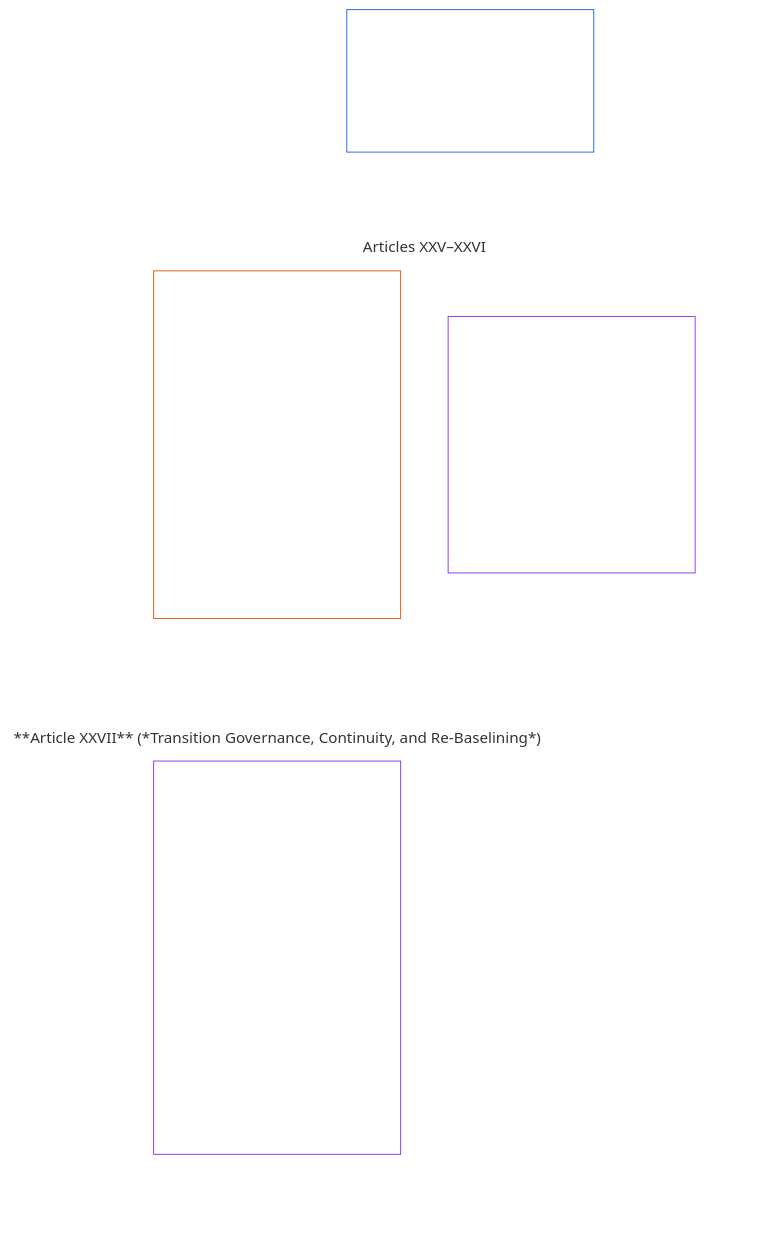
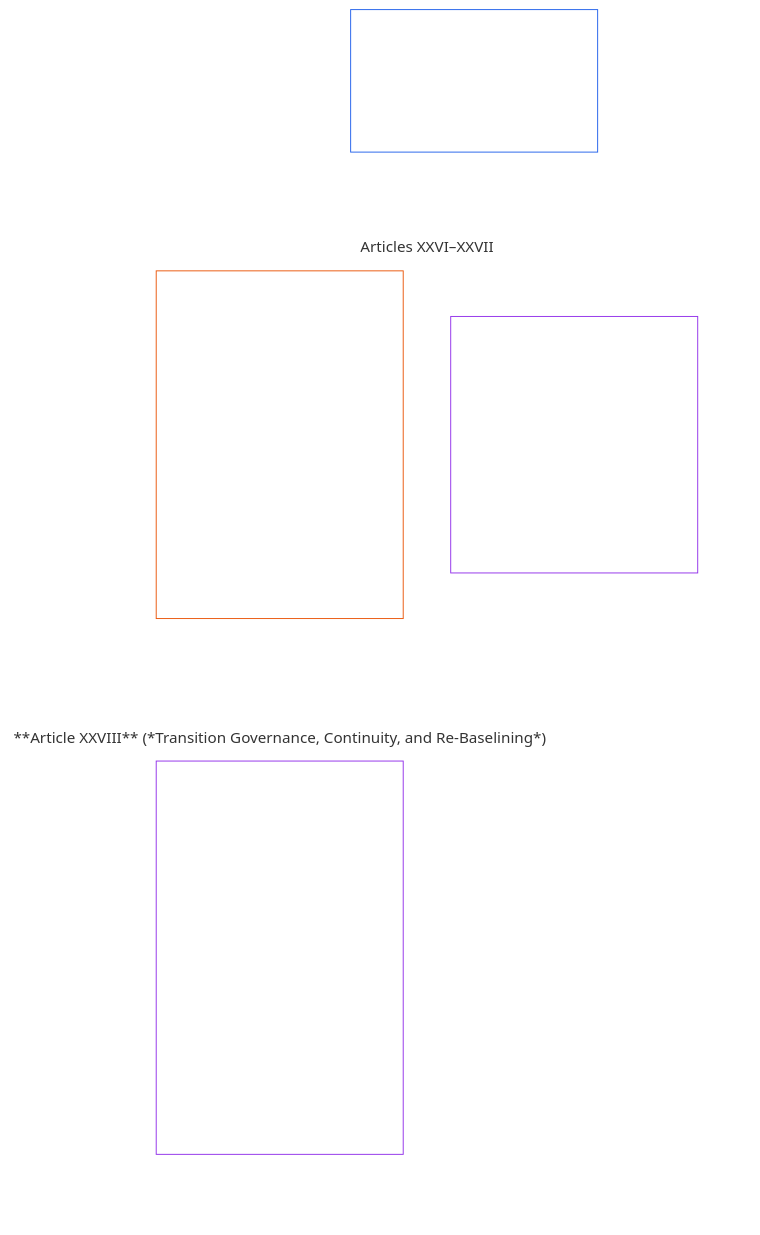
Before and after one commit to kfoelsch/Sentient_Constitution: the diagram in core_06_rights_part_e.md, drawn with Mermaid. The commit also changed other lines of this file and 120 other files, not shown here.

First line of the commit message:
docs(ch06): give Movement and Refuge its own Article XXII; renumber XXII-XXVII

````diff
--- a/core_06_rights_part_e.md
+++ b/core_06_rights_part_e.md
@@ -40,24 +40,24 @@
 ```mermaid
 flowchart TB
     D0["Part E<br/><br/>Conflict resolution, review, constitutional evolution, and transition"]
     subgraph Dgrid[" "]
         direction TB
-        subgraph Drow1["Articles XXV–XXVI"]
-            D1["**Article XXV** (*Timely Retrospective Review and Restorative Alignment*) · Timely Retrospective Review and Restorative Alignment<br/><br/>• Retrospective review and disclosure<br/>• Rights-collision procedure<br/>• Restorative alignment<br/>• Timely resolution and anti-delay"]
-            D2["**Article XXVI** (*Constitutional Evolution and Non-Entrenchment*) · Constitutional Evolution and Non-Entrenchment<br/><br/>• Non-entrenchment and revisability<br/>• Periodic revalidation and transparent change"]
+        subgraph Drow1["Articles XXVI–XXVII"]
+            D1["**Article XXVI** (*Timely Retrospective Review and Restorative Alignment*) · Timely Retrospective Review and Restorative Alignment<br/><br/>• Retrospective review and disclosure<br/>• Rights-collision procedure<br/>• Restorative alignment<br/>• Timely resolution and anti-delay"]
+            D2["**Article XXVII** (*Constitutional Evolution and Non-Entrenchment*) · Constitutional Evolution and Non-Entrenchment<br/><br/>• Non-entrenchment and revisability<br/>• Periodic revalidation and transparent change"]
         end
-        subgraph Drow2["**Article XXVII** (*Transition Governance, Continuity, and Re-Baselining*)"]
-            D3["**Article XXVII** (*Transition Governance, Continuity, and Re-Baselining*) · Transition Governance, Continuity, and Re-Baselining<br/><br/>• Phased adoption and Rights Floor continuity<br/>• Transitional authority and reauthorization<br/>• Failure off-ramps, re-baselining, and traceability<br/>• Non-compliant property and systems"]
+        subgraph Drow2["**Article XXVIII** (*Transition Governance, Continuity, and Re-Baselining*)"]
+            D3["**Article XXVIII** (*Transition Governance, Continuity, and Re-Baselining*) · Transition Governance, Continuity, and Re-Baselining<br/><br/>• Phased adoption and Rights Floor continuity<br/>• Transitional authority and reauthorization<br/>• Failure off-ramps, re-baselining, and traceability<br/>• Non-compliant property and systems"]
         end
     end
     %% Invisible links force a two-wide grid: each link puts its target one level down.
     D0 ~~~ D1 & D2
     D1 ~~~ D3
     style Dgrid fill:none,stroke:none
     style Drow1 fill:none,stroke:none
     style Drow2 fill:none,stroke:none
     style D0 fill:none,stroke:#2563eb,color:#ffffff
     style D1 fill:none,stroke:#ea580c,color:#ffffff
     style D2 fill:none,stroke:#9333ea,color:#ffffff
     style D3 fill:none,stroke:#9333ea,color:#ffffff
 ```
````
